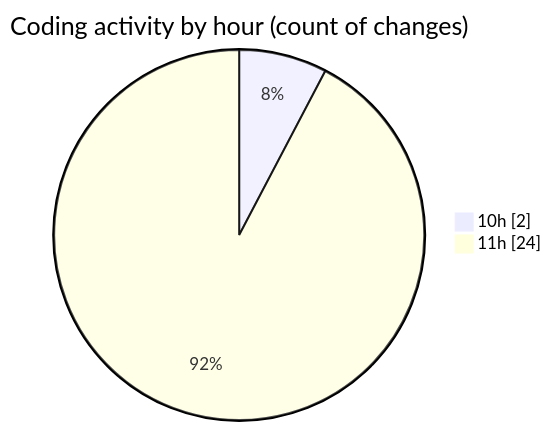
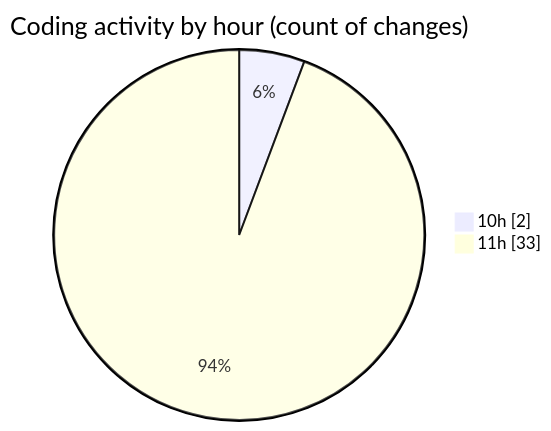
One commit to nxtqubesakshisongat/code-tracking changed the second of 2 diagrams in 2025-05-13/argos-dev/README.md. Above: the diagram before and after it, drawn with Mermaid. The commit also changed other lines of this file and 1 other file, not shown here.

````diff
--- a/2025-05-13/argos-dev/README.md
+++ b/2025-05-13/argos-dev/README.md
@@ -30,6 +31,6 @@
 ```mermaid
 pie showData
 title Coding activity by hour (count of changes)
 "10h" : 2
-"11h" : 24
+"11h" : 33
 ```
````
